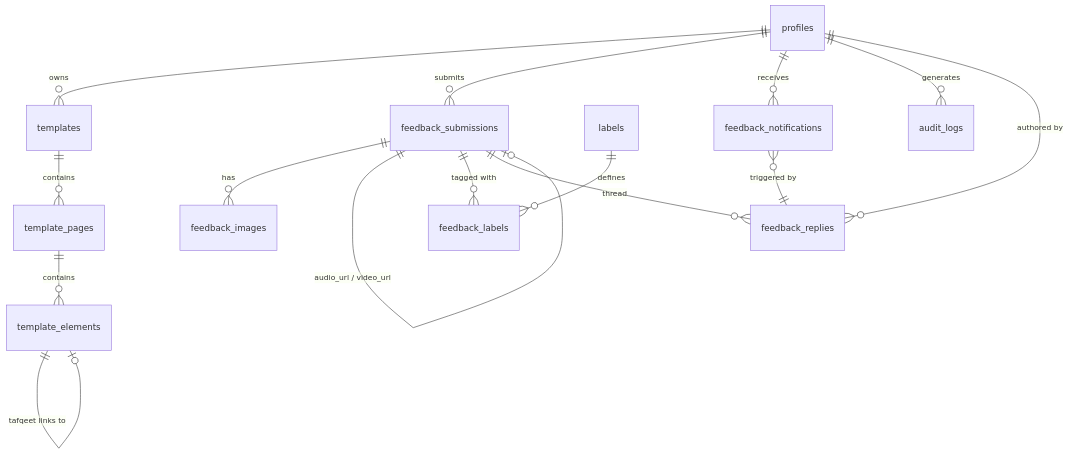
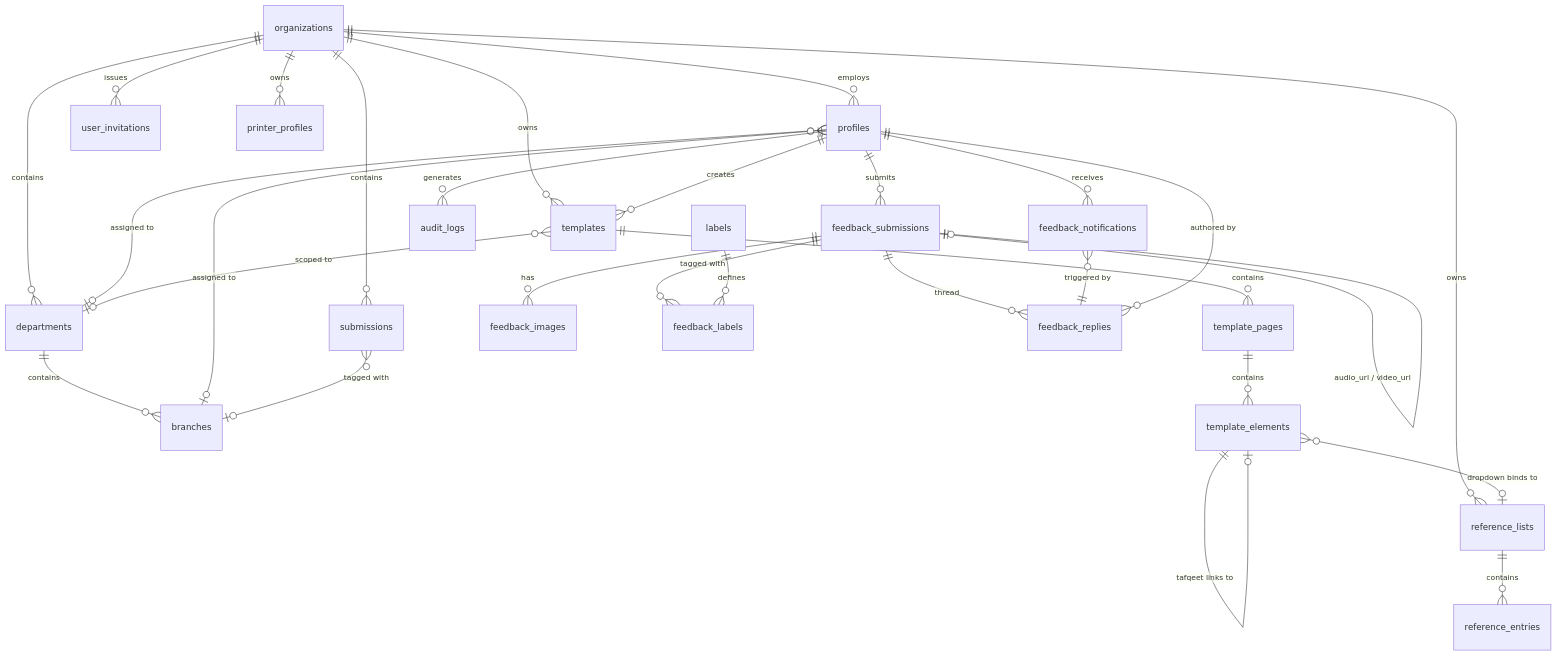
One commit to YasserHosny/FormCraft changed the third of 3 diagrams in docs/flows/feature-map.md. Above: the diagram before and after it, drawn with Mermaid. The commit also changed other lines of this file and 7 other files, not shown here.

First line of the commit message:
docs: update feature flows documentation to reflect 19 features

````diff
--- a/docs/flows/feature-map.md
+++ b/docs/flows/feature-map.md
@@ -105,17 +140,31 @@
 ```mermaid
 erDiagram
-    profiles ||--o{ templates : owns
+    organizations ||--o{ departments : contains
+    departments ||--o{ branches : contains
+    organizations ||--o{ profiles : employs
+    profiles }o--o| departments : "assigned to"
+    profiles }o--o| branches : "assigned to"
+    organizations ||--o{ user_invitations : issues
+    organizations ||--o{ templates : owns
+    profiles ||--o{ templates : creates
     templates ||--o{ template_pages : contains
     template_pages ||--o{ template_elements : contains
     template_elements ||--o| template_elements : "tafqeet links to"
+    templates }o--o| departments : "scoped to"
+    organizations ||--o{ reference_lists : owns
+    reference_lists ||--o{ reference_entries : contains
+    template_elements }o--o| reference_lists : "dropdown binds to"
+    organizations ||--o{ printer_profiles : owns
+    organizations ||--o{ submissions : contains
+    submissions }o--o| branches : "tagged with"
     profiles ||--o{ feedback_submissions : submits
     feedback_submissions ||--o{ feedback_images : has
     feedback_submissions ||--o| feedback_submissions : "audio_url / video_url"
     feedback_submissions ||--o{ feedback_labels : "tagged with"
     labels ||--o{ feedback_labels : defines
     feedback_submissions ||--o{ feedback_replies : "thread"
     feedback_replies }o--|| profiles : "authored by"
     profiles ||--o{ feedback_notifications : receives
     feedback_notifications }o--|| feedback_replies : "triggered by"
     profiles ||--o{ audit_logs : generates
 ```
````
